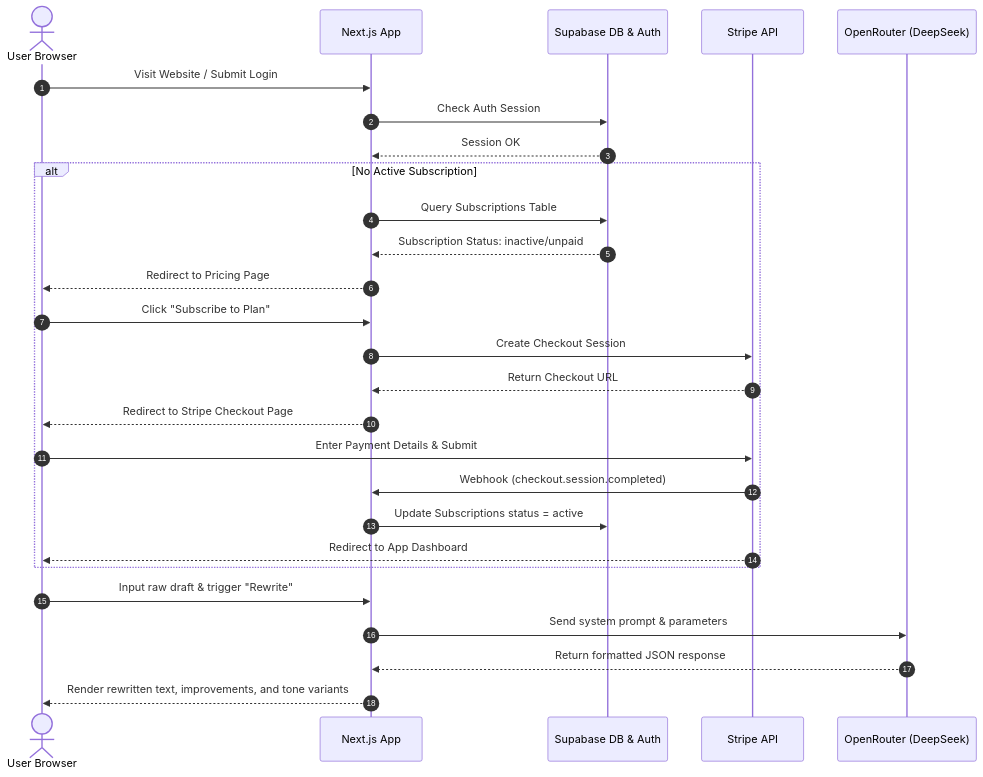
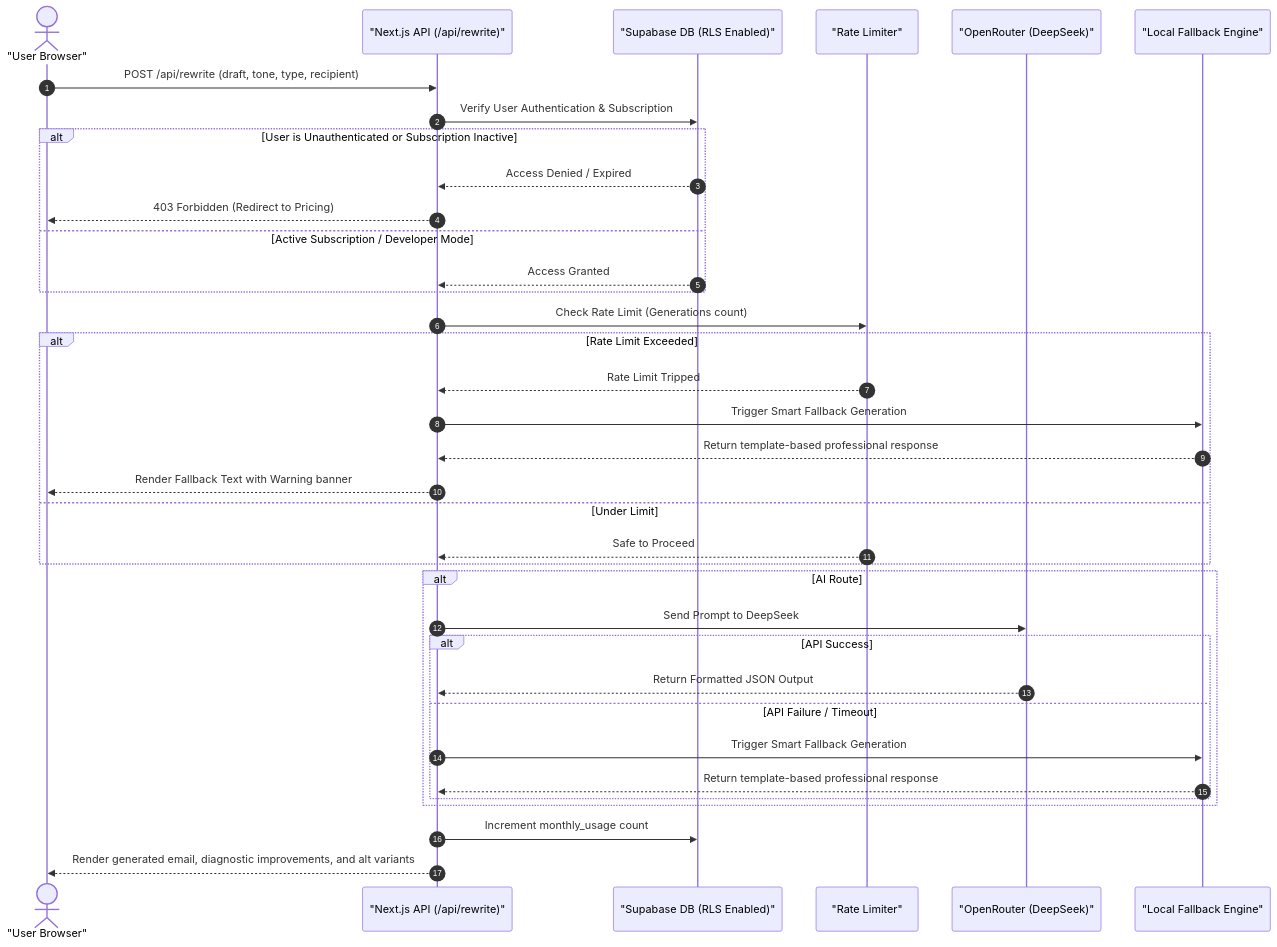
The second of 2 diagrams in README.md (DeepParekh9190/ProComm---AI-Email-Generations), drawn with Mermaid before and after one commit. The commit also changed other lines of this file and 4 other files, not shown here.

Commit message:
docs: create unique README with system diagrams and configure Google OAuth login/signup

````diff
--- a/README.md
+++ b/README.md
@@ -22,32 +50,42 @@
 ```mermaid
 sequenceDiagram
     autonumber
-    actor User as User Browser
-    participant App as Next.js App
-    participant DB as Supabase DB & Auth
-    participant Stripe as Stripe API
-    participant AI as OpenRouter (DeepSeek)
+    actor User as "User Browser"
+    participant App as "Next.js API (/api/rewrite)"
+    participant DB as "Supabase DB (RLS Enabled)"
+    participant Limit as "Rate Limiter"
+    participant AI as "OpenRouter (DeepSeek)"
+    participant Fallback as "Local Fallback Engine"
 
-    User->>App: Visit Website / Submit Login
-    App->>DB: Check Auth Session
-    DB-->>App: Session OK
-
-    alt No Active Subscription
-        App->>DB: Query Subscriptions Table
-        DB-->>App: Subscription Status: inactive/unpaid
-        App-->>User: Redirect to Pricing Page
-        User->>App: Click "Subscribe to Plan"
-        App->>Stripe: Create Checkout Session
-        Stripe-->>App: Return Checkout URL
-        App-->>User: Redirect to Stripe Checkout Page
-        User->>Stripe: Enter Payment Details & Submit
-        Stripe->>App: Webhook (checkout.session.completed)
-        App->>DB: Update Subscriptions status = active
-        Stripe-->>User: Redirect to App Dashboard
+    User->>App: POST /api/rewrite (draft, tone, type, recipient)
+    App->>DB: Verify User Authentication & Subscription
+    alt User is Unauthenticated or Subscription Inactive
+        DB-->>App: Access Denied / Expired
+        App-->>User: 403 Forbidden (Redirect to Pricing)
+    else Active Subscription / Developer Mode
+        DB-->>App: Access Granted
     end
 
-    User->>App: Input raw draft & trigger "Rewrite"
-    App->>AI: Send system prompt & parameters
-    AI-->>App: Return formatted JSON response
-    App-->>User: Render rewritten text, improvements, and tone variants
+    App->>Limit: Check Rate Limit (Generations count)
+    alt Rate Limit Exceeded
+        Limit-->>App: Rate Limit Tripped
+        App->>Fallback: Trigger Smart Fallback Generation
+        Fallback-->>App: Return template-based professional response
+        App-->>User: Render Fallback Text with Warning banner
+    else Under Limit
+        Limit-->>App: Safe to Proceed
+    end
+
+    alt AI Route
+        App->>AI: Send Prompt to DeepSeek
+        alt API Success
+            AI-->>App: Return Formatted JSON Output
+        else API Failure / Timeout
+            App->>Fallback: Trigger Smart Fallback Generation
+            Fallback-->>App: Return template-based professional response
+        end
+    end
+
+    App->>DB: Increment monthly_usage count
+    App-->>User: Render generated email, diagnostic improvements, and alt variants
 ```
````
